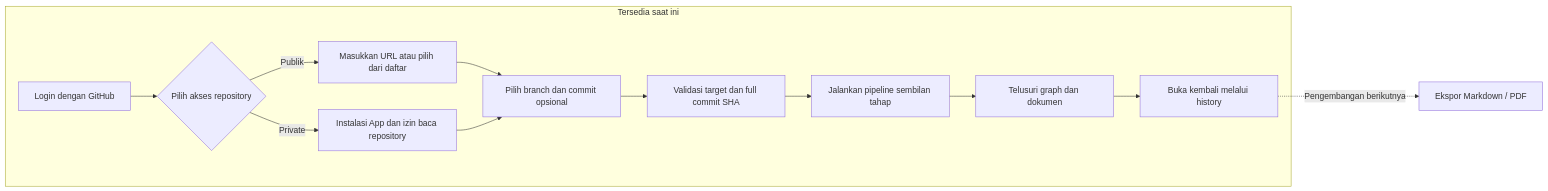
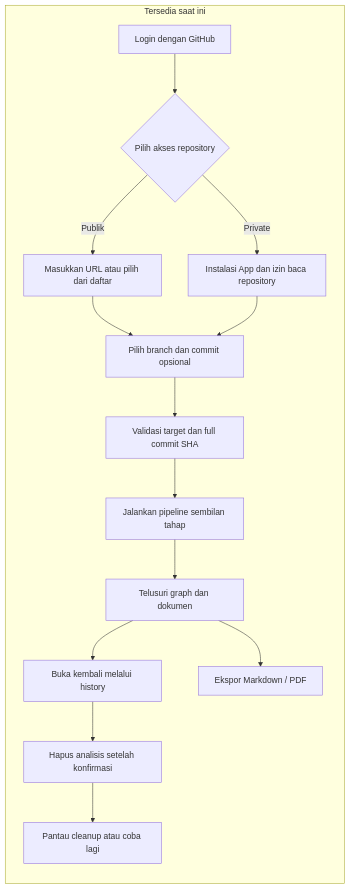
One commit to AgilePemdigi-2026/sage changed the diagram in README.md. Above: the diagram before and after it, drawn with Mermaid. The commit also changed other lines of this file and 8 other files, not shown here.

````diff
--- a/README.md
+++ b/README.md
@@ -61,15 +61,17 @@
 ```mermaid
 flowchart LR
   subgraph current["Tersedia saat ini"]
     A["Login dengan GitHub"] --> B{"Pilih akses repository"}
     B -->|Publik| C["Masukkan URL atau pilih dari daftar"]
     B -->|Private| D["Instalasi App dan izin baca repository"]
     C --> E["Pilih branch dan commit opsional"]
     D --> E
     E --> F["Validasi target dan full commit SHA"]
     F --> G["Jalankan pipeline sembilan tahap"]
     G --> H["Telusuri graph dan dokumen"]
     H --> I["Buka kembali melalui history"]
+    H --> J["Ekspor Markdown / PDF"]
+    I --> K["Hapus analisis setelah konfirmasi"]
+    K --> L["Pantau cleanup atau coba lagi"]
   end
-  I -. "Pengembangan berikutnya" .-> J["Ekspor Markdown / PDF"]
 ```
````
